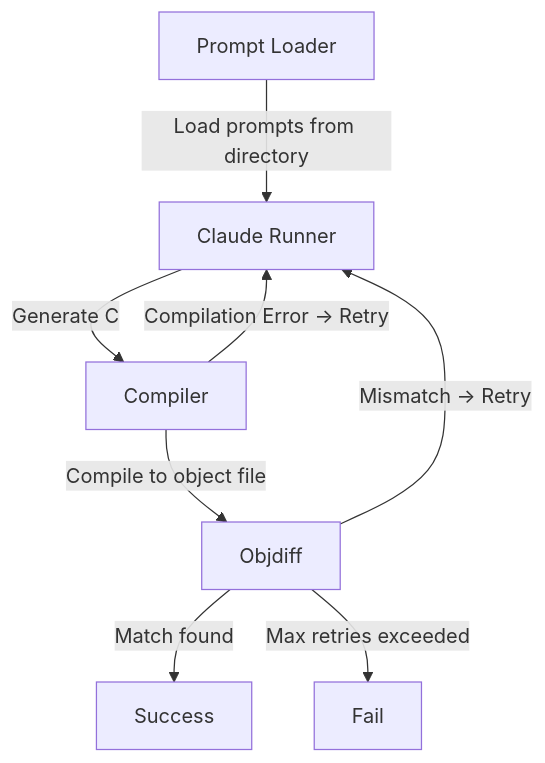
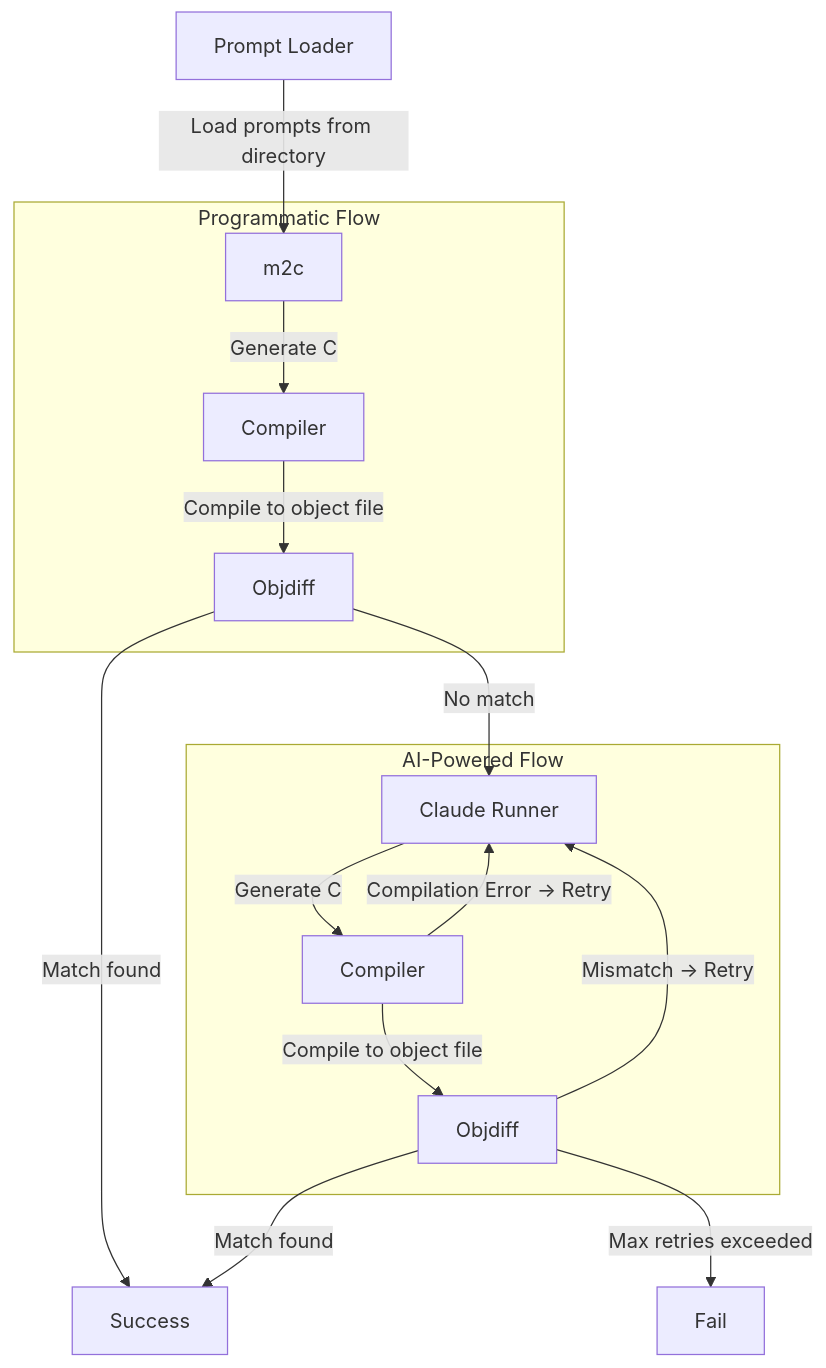
One commit to macabeus/mizuchi changed the diagram in README.md. Above: the diagram before and after it, drawn with Mermaid. The commit also changed other lines of this file and 32 other files, not shown here.

````diff
--- a/README.md
+++ b/README.md
@@ -113,15 +124,25 @@
 ```mermaid
 flowchart TD
-   A[Prompt Loader] --> |Load prompts from directory| B
+  A[Prompt Loader] --> |Load prompts from directory| M
 
-   B[Claude Runner]
-   C[Compiler]
-   D[Objdiff]
-   B --> |Generate C| C
-   C --> |Compilation Error → Retry| B
-   C --> |Compile to object file| D
-   D --> |Mismatch → Retry| B
+  subgraph Programmatic Flow
+    M[m2c] --> |Generate C| MC[Compiler]
+    MC --> |Compile to object file| MD[Objdiff]
+  end
 
-   D --> |Match found| E[Success]
-   D --> |Max retries exceeded| F[Fail]
+  MD --> |Match found| E[Success]
+  MD --> |No match| B
+
+  subgraph AI-Powered Flow
+    B[Claude Runner]
+    C[Compiler]
+    D[Objdiff]
+    B --> |Generate C| C
+    C --> |Compilation Error → Retry| B
+    C --> |Compile to object file| D
+    D --> |Mismatch → Retry| B
+  end
+
+  D --> |Match found| E
+  D --> |Max retries exceeded| F[Fail]
 ```
````
